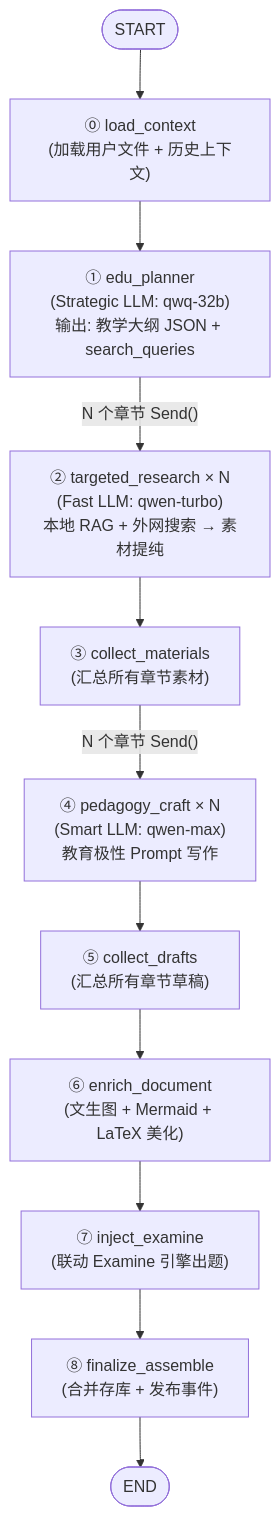
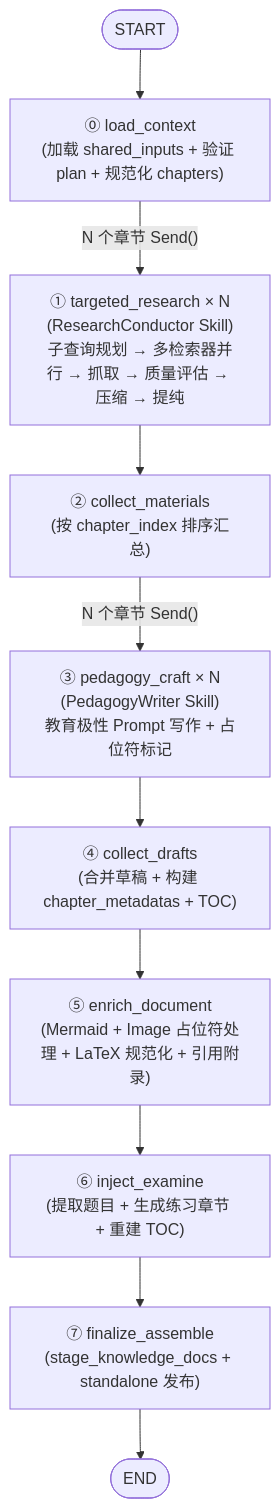
Before and after one commit to aiteachme/AITeachMe: the diagram in docs/designs/refactor/04_docgen_pipeline.md, drawn with Mermaid. The commit also changed other lines of this file and 8 other files, not shown here.

````diff
--- a/docs/designs/refactor/04_docgen_pipeline.md
+++ b/docs/designs/refactor/04_docgen_pipeline.md
@@ -51,26 +59,22 @@
 ```mermaid
 graph TD
     START([START]) --> load_context
 
-    load_context["⓪ load_context<br/>(加载用户文件 + 历史上下文)"]
+    load_context["⓪ load_context<br/>(加载 shared_inputs + 验证 plan + 规范化 chapters)"]
 
-    load_context --> edu_planner
+    load_context -->|"N 个章节 Send()"| targeted_research["① targeted_research × N<br/>(ResearchConductor Skill)<br/>子查询规划 → 多检索器并行 → 抓取 → 质量评估 → 压缩 → 提纯"]
 
-    edu_planner["① edu_planner<br/>(Strategic LLM: qwq-32b)<br/>输出: 教学大纲 JSON + search_queries"]
+    targeted_research --> collect_materials["② collect_materials<br/>(按 chapter_index 排序汇总)"]
 
-    edu_planner -->|"N 个章节 Send()"| targeted_research["② targeted_research × N<br/>(Fast LLM: qwen-turbo)<br/>本地 RAG + 外网搜索 → 素材提纯"]
+    collect_materials -->|"N 个章节 Send()"| pedagogy_craft["③ pedagogy_craft × N<br/>(PedagogyWriter Skill)<br/>教育极性 Prompt 写作 + 占位符标记"]
 
-    targeted_research --> collect_materials["③ collect_materials<br/>(汇总所有章节素材)"]
+    pedagogy_craft --> collect_drafts["④ collect_drafts<br/>(合并草稿 + 构建 chapter_metadatas + TOC)"]
 
-    collect_materials -->|"N 个章节 Send()"| pedagogy_craft["④ pedagogy_craft × N<br/>(Smart LLM: qwen-max)<br/>教育极性 Prompt 写作"]
+    collect_drafts --> enrich_document["⑤ enrich_document<br/>(Mermaid + Image 占位符处理 + LaTeX 规范化 + 引用附录)"]
 
-    pedagogy_craft --> collect_drafts["⑤ collect_drafts<br/>(汇总所有章节草稿)"]
+    enrich_document --> inject_examine["⑥ inject_examine<br/>(提取题目 + 生成练习章节 + 重建 TOC)"]
 
-    collect_drafts --> enrich_document["⑥ enrich_document<br/>(文生图 + Mermaid + LaTeX 美化)"]
-
-    enrich_document --> inject_examine["⑦ inject_examine<br/>(联动 Examine 引擎出题)"]
-
-    inject_examine --> finalize_assemble["⑧ finalize_assemble<br/>(合并存库 + 发布事件)"]
+    inject_examine --> finalize_assemble["⑦ finalize_assemble<br/>(stage_knowledge_docs + standalone 发布)"]
 
     finalize_assemble --> END_NODE([END])
 ```
````
